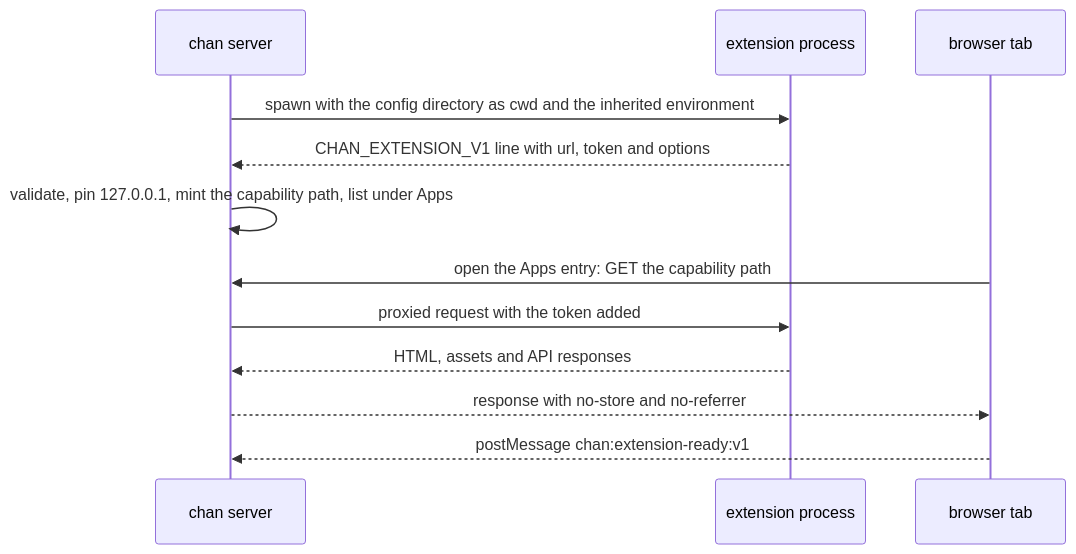
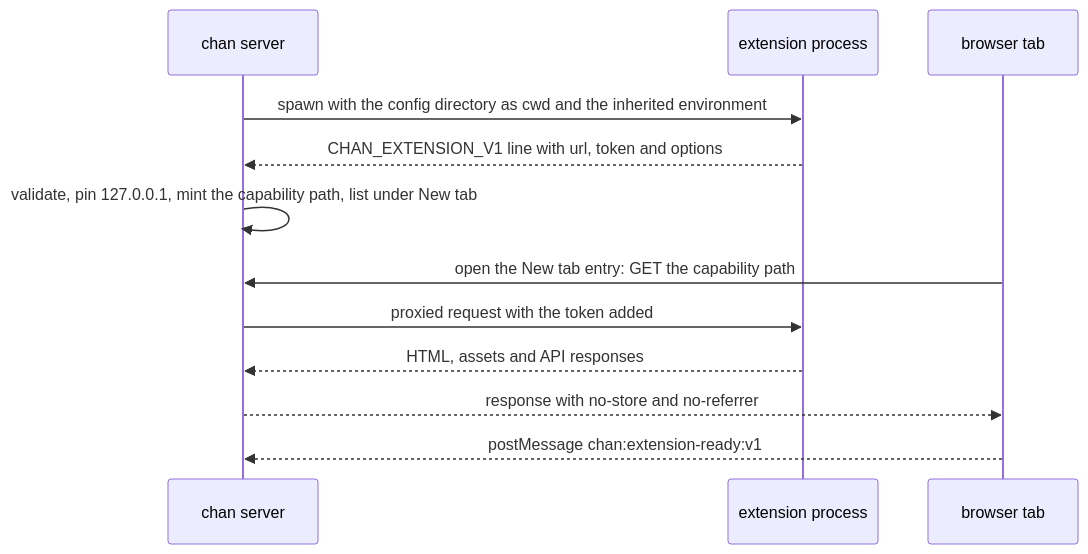
The second of 2 diagrams in docs/extensions.md (fiorix/chan), drawn with Mermaid before and after one commit. The commit also changed other lines of this file, not shown here.

````diff
--- a/docs/extensions.md
+++ b/docs/extensions.md
@@ -50,14 +50,14 @@
 ```mermaid
 sequenceDiagram
   participant S as chan server
   participant E as extension process
   participant B as browser tab
   S->>E: spawn with the config directory as cwd and the inherited environment
   E-->>S: CHAN_EXTENSION_V1 line with url, token and options
-  S->>S: validate, pin 127.0.0.1, mint the capability path, list under Apps
-  B->>S: open the Apps entry: GET the capability path
+  S->>S: validate, pin 127.0.0.1, mint the capability path, list under New tab
+  B->>S: open the New tab entry: GET the capability path
   S->>E: proxied request with the token added
   E-->>S: HTML, assets and API responses
   S-->>B: response with no-store and no-referrer
   B-->>S: postMessage chan:extension-ready:v1
 ```
````
